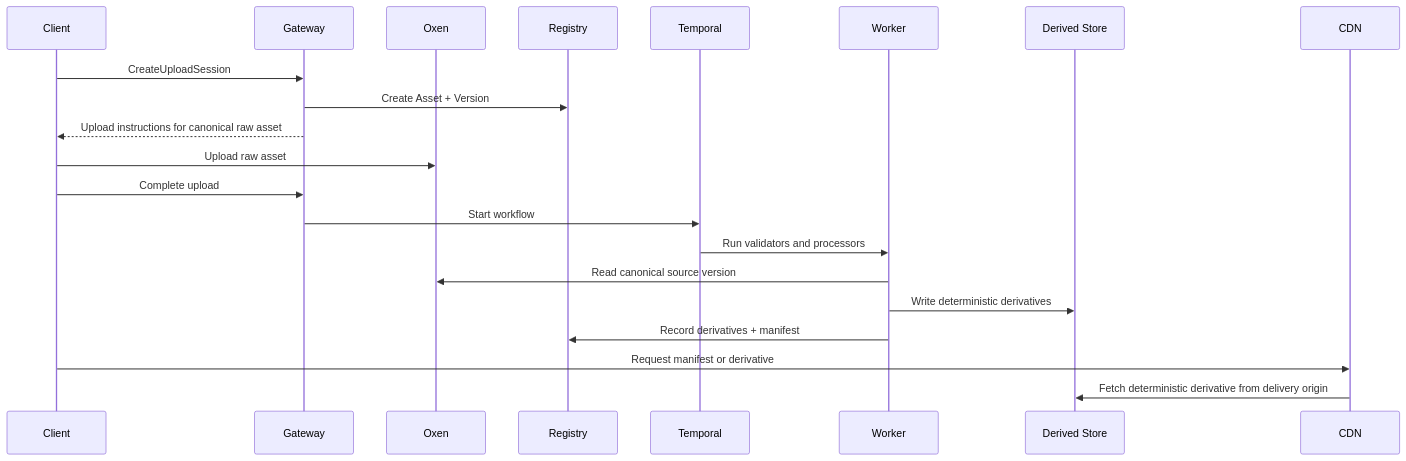
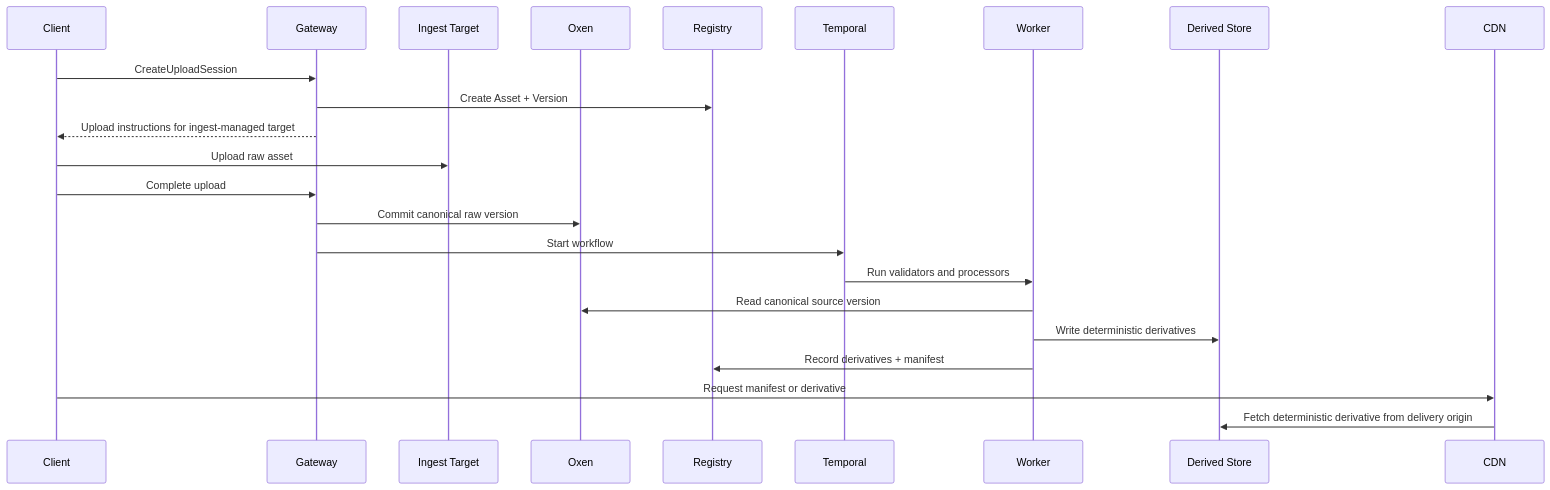
The third of 8 diagrams in docs/architecture.md (Yeusepe/cdngine), drawn with Mermaid before and after one commit. The commit also changed other lines of this file and 4 other files, not shown here.

First line of the commit message:
Document ingest target and recommend tus/tusd

````diff
--- a/docs/architecture.md
+++ b/docs/architecture.md
@@ -184,24 +184,26 @@
 ```mermaid
 sequenceDiagram
     participant C as Client
     participant G as Gateway
+    participant I as Ingest Target
     participant O as Oxen
     participant R as Registry
     participant T as Temporal
     participant W as Worker
     participant D as Derived Store
     participant CDN as CDN
 
     C->>G: CreateUploadSession
     G->>R: Create Asset + Version
-    G-->>C: Upload instructions for canonical raw asset
-    C->>O: Upload raw asset
+    G-->>C: Upload instructions for ingest-managed target
+    C->>I: Upload raw asset
     C->>G: Complete upload
+    G->>O: Commit canonical raw version
     G->>T: Start workflow
     T->>W: Run validators and processors
     W->>O: Read canonical source version
     W->>D: Write deterministic derivatives
     W->>R: Record derivatives + manifest
     C->>CDN: Request manifest or derivative
     CDN->>D: Fetch deterministic derivative from delivery origin
 ```
````
